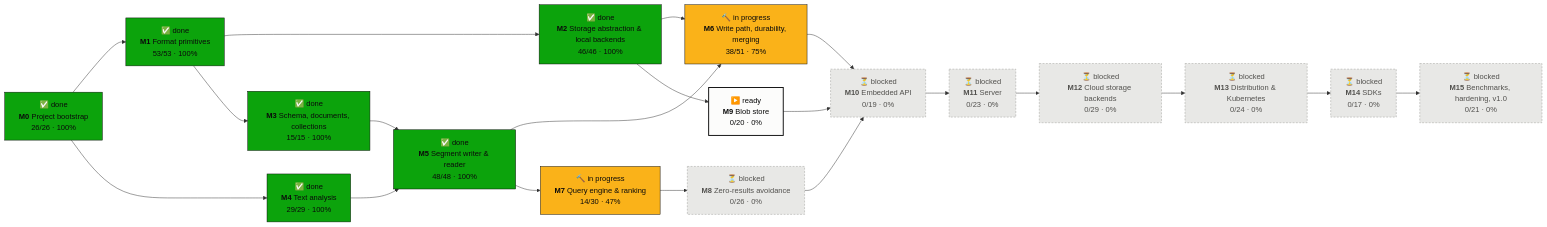
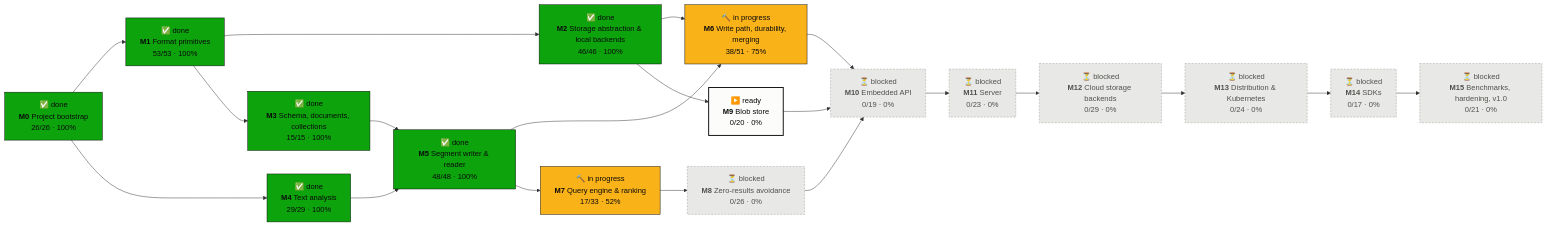
One commit to tomiok/persiaDB changed the first of 2 diagrams in PROGRESS.md. Above: the diagram before and after it, drawn with Mermaid. The commit also changed other lines of this file and 28 other files, not shown here.

First line of the commit message:
MaxScore and block-max WAND top-k pruning (ROADMAP 7.4.4) (#51)

````diff
--- a/PROGRESS.md
+++ b/PROGRESS.md
@@ -16,42 +16,42 @@
 ```mermaid
 flowchart LR
   M0["✅ done<br/><b>M0</b> Project bootstrap<br/>26/26 · 100%"]:::done
   M1["✅ done<br/><b>M1</b> Format primitives<br/>53/53 · 100%"]:::done
   M2["✅ done<br/><b>M2</b> Storage abstraction & local backends<br/>46/46 · 100%"]:::done
   M3["✅ done<br/><b>M3</b> Schema, documents, collections<br/>15/15 · 100%"]:::done
   M4["✅ done<br/><b>M4</b> Text analysis<br/>29/29 · 100%"]:::done
   M5["✅ done<br/><b>M5</b> Segment writer & reader<br/>48/48 · 100%"]:::done
   M6["🔨 in progress<br/><b>M6</b> Write path, durability, merging<br/>38/51 · 75%"]:::doing
-  M7["🔨 in progress<br/><b>M7</b> Query engine & ranking<br/>14/30 · 47%"]:::doing
+  M7["🔨 in progress<br/><b>M7</b> Query engine & ranking<br/>17/33 · 52%"]:::doing
   M8["⏳ blocked<br/><b>M8</b> Zero-results avoidance<br/>0/26 · 0%"]:::blocked
   M9["▶️ ready<br/><b>M9</b> Blob store<br/>0/20 · 0%"]:::ready
   M10["⏳ blocked<br/><b>M10</b> Embedded API<br/>0/19 · 0%"]:::blocked
   M11["⏳ blocked<br/><b>M11</b> Server<br/>0/23 · 0%"]:::blocked
   M12["⏳ blocked<br/><b>M12</b> Cloud storage backends<br/>0/29 · 0%"]:::blocked
   M13["⏳ blocked<br/><b>M13</b> Distribution & Kubernetes<br/>0/24 · 0%"]:::blocked
   M14["⏳ blocked<br/><b>M14</b> SDKs<br/>0/17 · 0%"]:::blocked
   M15["⏳ blocked<br/><b>M15</b> Benchmarks, hardening, v1.0<br/>0/21 · 0%"]:::blocked
   M0 --> M1
   M1 --> M2
   M1 --> M3
   M0 --> M4
   M3 --> M5
   M4 --> M5
   M2 --> M6
   M5 --> M6
   M5 --> M7
   M7 --> M8
   M2 --> M9
   M6 --> M10
   M8 --> M10
   M9 --> M10
   M10 --> M11
   M11 --> M12
   M12 --> M13
   M13 --> M14
   M14 --> M15
   classDef done fill:#0ca30c,stroke:#0b0b0b,color:#0b0b0b
   classDef doing fill:#fab219,stroke:#0b0b0b,color:#0b0b0b
   classDef ready fill:#fcfcfb,stroke:#0b0b0b,stroke-width:2px,color:#0b0b0b
   classDef blocked fill:#e8e8e6,stroke:#9a9a96,stroke-dasharray:4 3,color:#52514e
 ```
````
